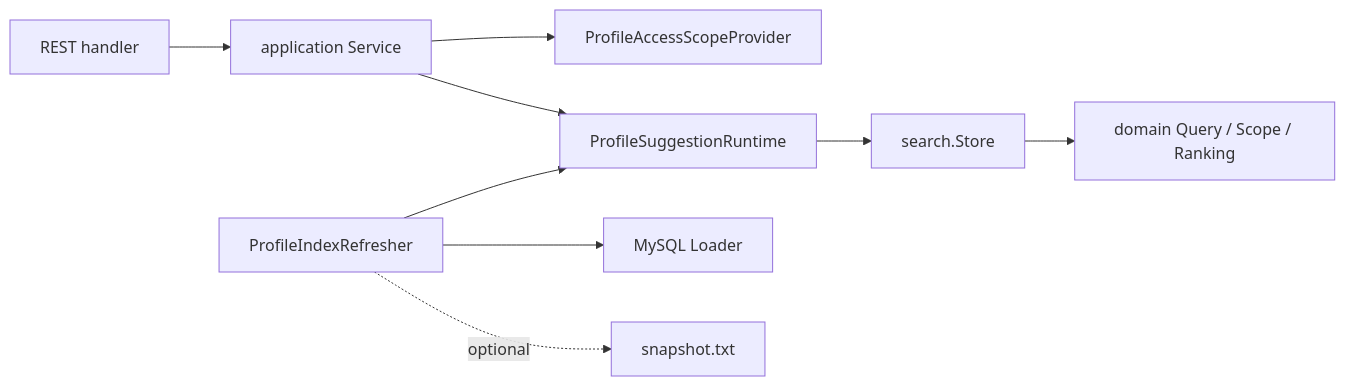
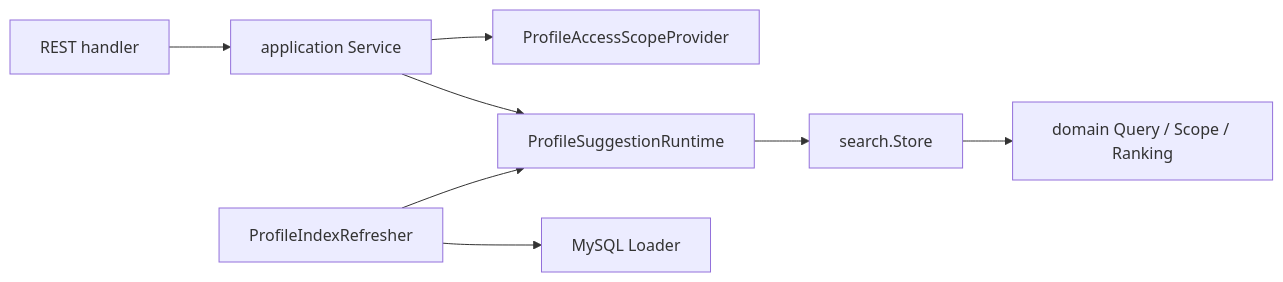
The diagram in docs/02-业务模块/05-Suggest/README.md (FangcunMount/iam), drawn with Mermaid before and after one commit. The commit also changed other lines of this file and 141 other files, not shown here.

````diff
--- a/docs/02-业务模块/05-Suggest/README.md
+++ b/docs/02-业务模块/05-Suggest/README.md
@@ -63,11 +63,10 @@
 ```mermaid
 flowchart LR
     REST["REST handler"] --> App["application Service"]
     App --> Scope["ProfileAccessScopeProvider"]
     App --> Runtime["ProfileSuggestionRuntime"]
     Runtime --> Store["search.Store"]
     Store --> Domain["domain Query / Scope / Ranking"]
     Refresher["ProfileIndexRefresher"] --> Loader["MySQL Loader"]
     Refresher --> Runtime
-    Refresher -. optional .-> File["snapshot.txt"]
 ```
````
